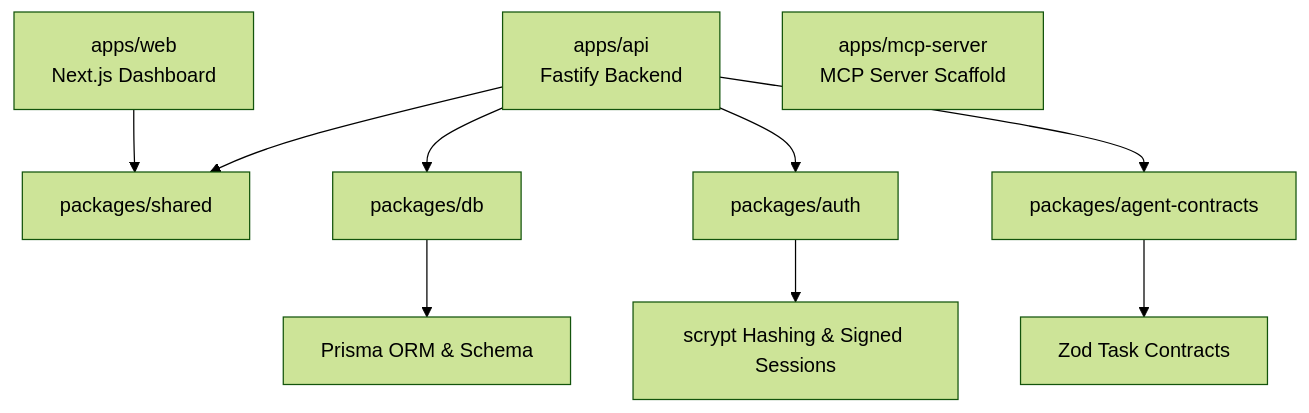
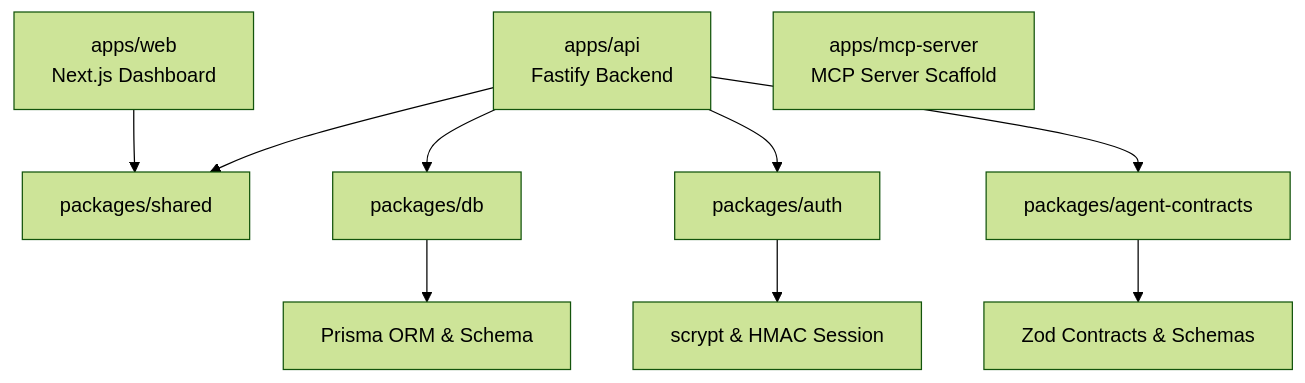
Before and after one commit to Deadeye102000/Agentready: the diagram in docs/implementation-context.md, drawn with Mermaid (forest theme). The commit also changed other lines of this file and 8 other files, not shown here.

````diff
--- a/docs/implementation-context.md
+++ b/docs/implementation-context.md
@@ -13,13 +13,13 @@
 ```mermaid
 graph TD
     apps/web[apps/web<br>Next.js Dashboard] --> packages/shared
     apps/api[apps/api<br>Fastify Backend] --> packages/shared
     apps/api --> packages/db
     apps/api --> packages/auth
     apps/api --> packages/agent-contracts
     apps/mcp-server[apps/mcp-server<br>MCP Server Scaffold]
     
     packages/db --> Prisma[Prisma ORM & Schema]
-    packages/auth --> Crypto[scrypt Hashing & Signed Sessions]
-    packages/agent-contracts --> Contracts[Zod Task Contracts]
+    packages/auth --> Crypto[scrypt & HMAC Session]
+    packages/agent-contracts --> Contracts[Zod Contracts & Schemas]
 ```
````
